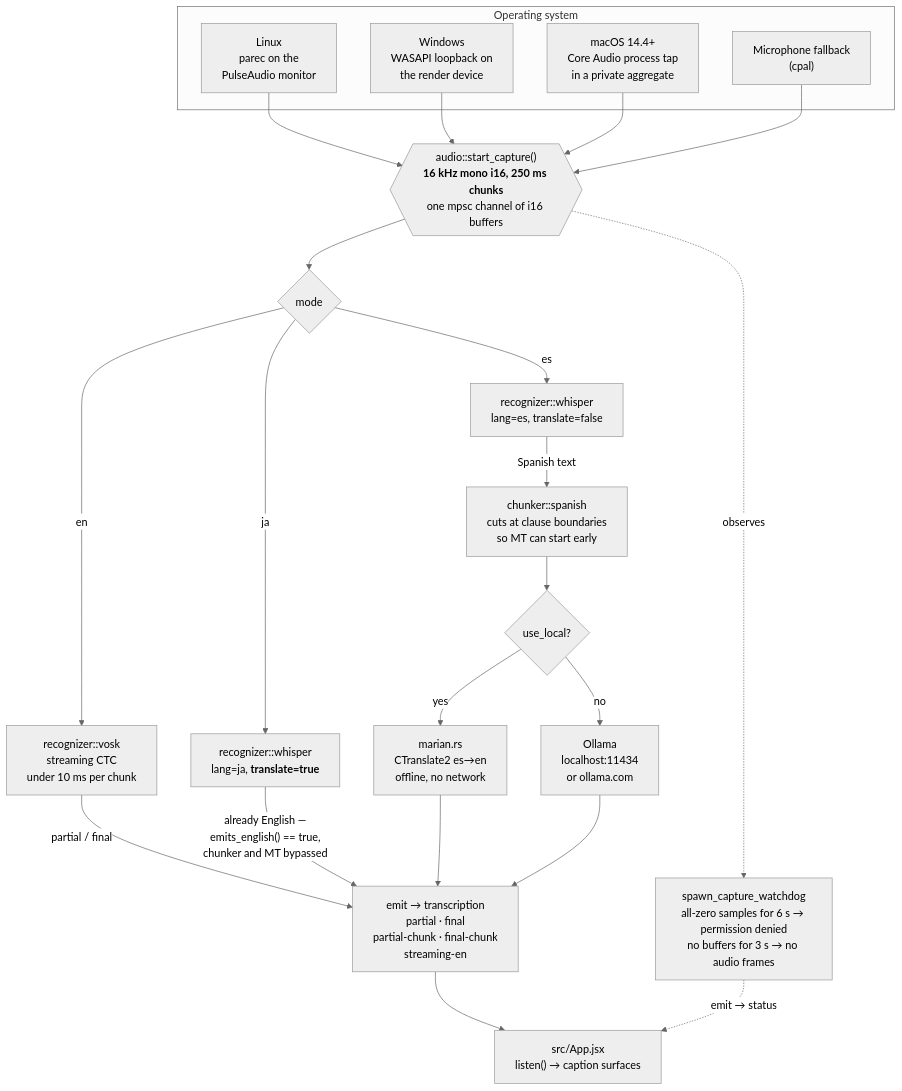
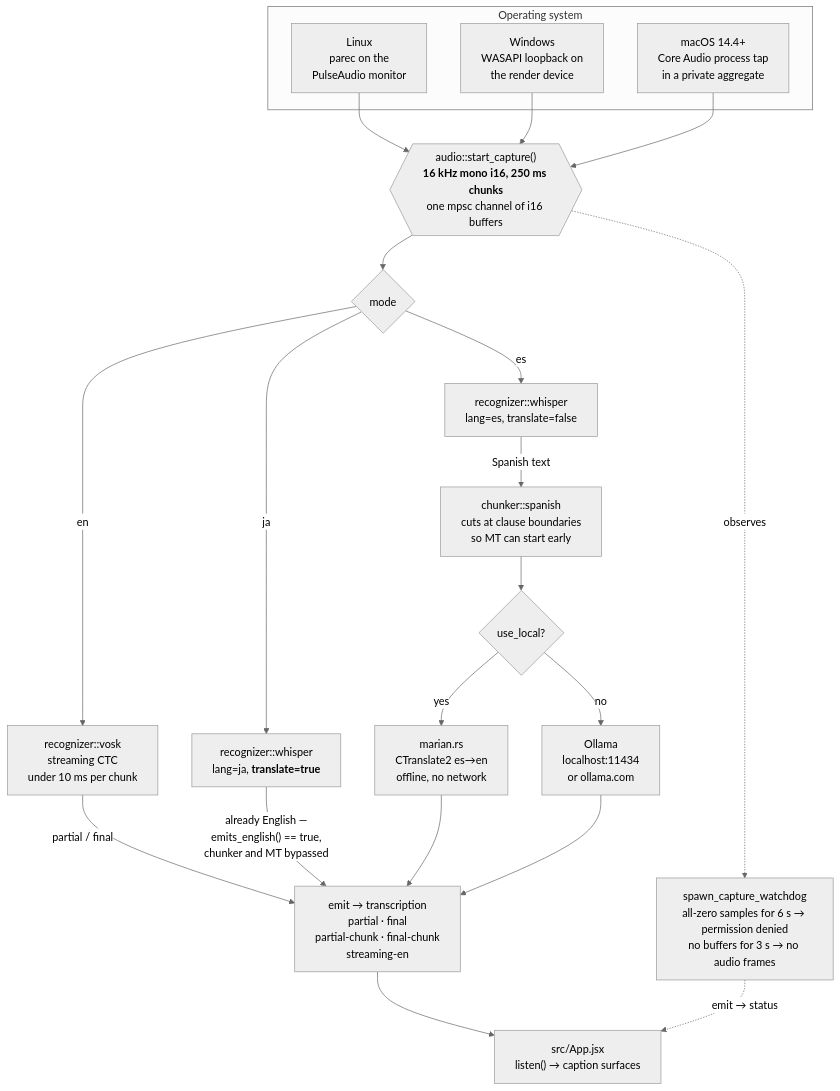
Before and after one commit to Pager-dot/vid_translate: the first of 4 diagrams in README.md, drawn with Mermaid (neutral theme). The commit also changed other lines of this file and 7 other files, not shown here.

First line of the commit message:
feat(audio): remove the microphone fallback

````diff
--- a/README.md
+++ b/README.md
@@ -138,40 +138,38 @@
 ```mermaid
 flowchart TD
     subgraph OS["Operating system"]
         LIN["Linux<br/>parec on the<br/>PulseAudio monitor"]
         WIN["Windows<br/>WASAPI loopback on<br/>the render device"]
         MAC["macOS 14.4+<br/>Core Audio process tap<br/>in a private aggregate"]
-        MIC["Microphone fallback<br/>(cpal)"]
     end
 
     LIN --> CAP
     WIN --> CAP
     MAC --> CAP
-    MIC --> CAP
 
     CAP{{"audio::start_capture()<br/><b>16 kHz mono i16, 250 ms chunks</b><br/>one mpsc channel of i16 buffers"}}
 
     CAP --> MODE{"mode"}
 
     MODE -->|"en"| VOSK["recognizer::vosk<br/>streaming CTC<br/>under 10 ms per chunk"]
     MODE -->|"ja"| WJA["recognizer::whisper<br/>lang=ja, <b>translate=true</b>"]
     MODE -->|"es"| WES["recognizer::whisper<br/>lang=es, translate=false"]
 
     VOSK -->|"partial / final"| EV
     WJA -->|"already English —<br/>emits_english() == true,<br/>chunker and MT bypassed"| EV
 
     WES -->|"Spanish text"| CHUNK["chunker::spanish<br/>cuts at clause boundaries<br/>so MT can start early"]
     CHUNK --> XL{"use_local?"}
     XL -->|"yes"| MAR["marian.rs<br/>CTranslate2 es→en<br/>offline, no network"]
     XL -->|"no"| OLL["Ollama<br/>localhost:11434<br/>or ollama.com"]
     MAR --> EV
     OLL --> EV
 
     EV["emit → transcription<br/>partial · final<br/>partial-chunk · final-chunk<br/>streaming-en"]
 
     EV --> UI["src/App.jsx<br/>listen() → caption surfaces"]
 
     WD["spawn_capture_watchdog<br/>all-zero samples for 6 s → permission denied<br/>no buffers for 3 s → no audio frames"]
     CAP -.->|"observes"| WD
     WD -.->|"emit → status"| UI
 ```
````
